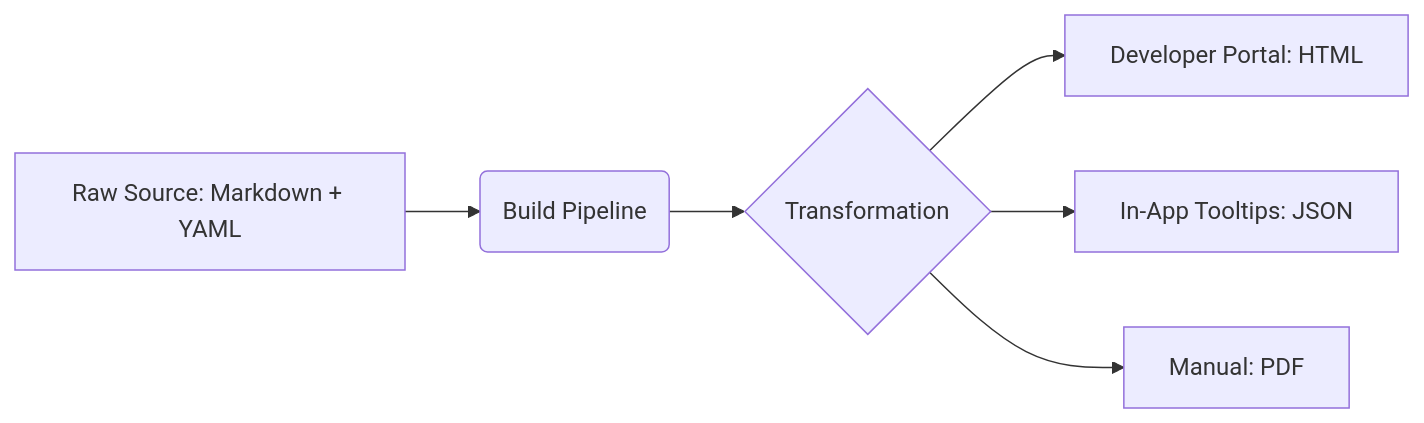
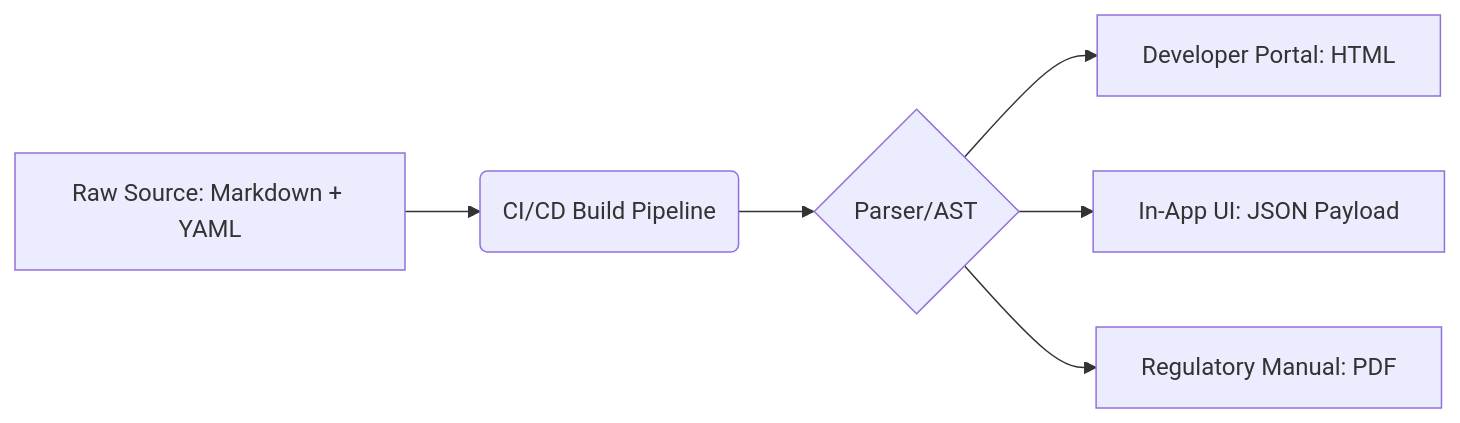
The diagram in docs/industry-terms/omnichannel-delivery.md (vaishvanara/techwritingkb), drawn with Mermaid before and after one commit. The commit also changed other lines of this file and 51 other files, not shown here.

````diff
--- a/docs/industry-terms/omnichannel-delivery.md
+++ b/docs/industry-terms/omnichannel-delivery.md
@@ -44,8 +44,8 @@
 ```mermaid
 graph LR
-    Source[Raw Source: Markdown + YAML] --> Pipeline(Build Pipeline)
-    Pipeline --> Transform{Transformation}
-    Transform --> Portal[Developer Portal: HTML]
-    Transform --> App[In-App Tooltips: JSON]
-    Transform --> Manual[Manual: PDF]
+    Source[Raw Source: Markdown + YAML] --> Pipeline(CI/CD Build Pipeline)
+    Pipeline --> Parser{Parser/AST}
+    Parser --> Portal[Developer Portal: HTML]
+    Parser --> App[In-App UI: JSON Payload]
+    Parser --> Manual[Regulatory Manual: PDF]
 ```
````
